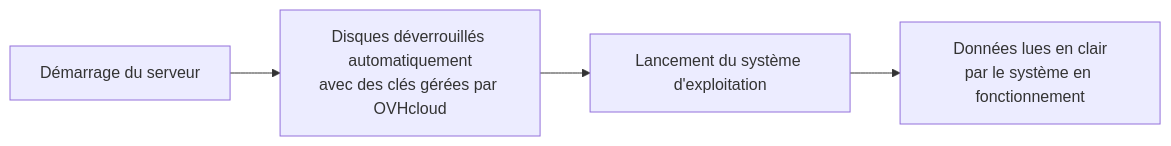
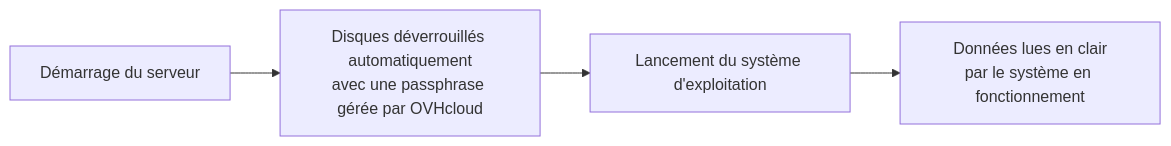
The diagram in docs/fr/guides/bare-metal-cloud/dedicated-servers/encryption-at-rest-overview.mdx (ovh/ovhcloud-docs), drawn with Mermaid before and after one commit. The commit also changed other lines of this file and 9 other files, not shown here.

````diff
--- a/docs/fr/guides/bare-metal-cloud/dedicated-servers/encryption-at-rest-overview.mdx
+++ b/docs/fr/guides/bare-metal-cloud/dedicated-servers/encryption-at-rest-overview.mdx
@@ -30,6 +30,6 @@
 ```mermaid
 flowchart LR
-    A[Démarrage du serveur] --> B[Disques déverrouillés automatiquement<br/>avec des clés gérées par OVHcloud]
+    A[Démarrage du serveur] --> B[Disques déverrouillés automatiquement<br/>avec une passphrase gérée par OVHcloud]
     B --> C[Lancement du système d'exploitation]
     C --> D[Données lues en clair<br/>par le système en fonctionnement]
 ```
````
